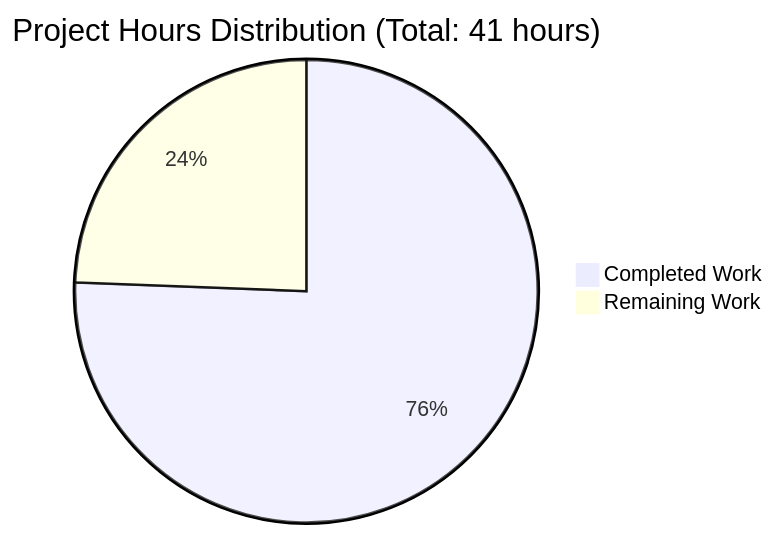
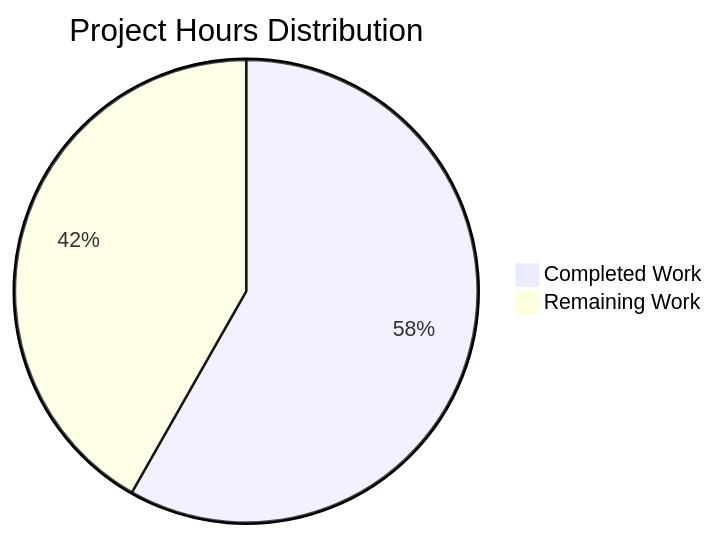
One commit to lakshya-blitzy/hello_world_lakshya_github changed the diagram in blitzy/documentation/Project Guide.md. Above: the diagram before and after it, drawn with Mermaid. The commit also changed other lines of this file, not shown here.

Commit message:
Adding Blitzy Project Guide: Project Status and Human Tasks Remaining

````diff
--- a/blitzy/documentation/Project Guide.md
+++ b/blitzy/documentation/Project Guide.md
@@ -115,5 +43,5 @@
 ```mermaid
-pie title Project Hours Distribution (Total: 41 hours)
-    "Completed Work" : 31
-    "Remaining Work" : 10
+pie title Project Hours Distribution
+    "Completed Work" : 46
+    "Remaining Work" : 33
 ```
````
